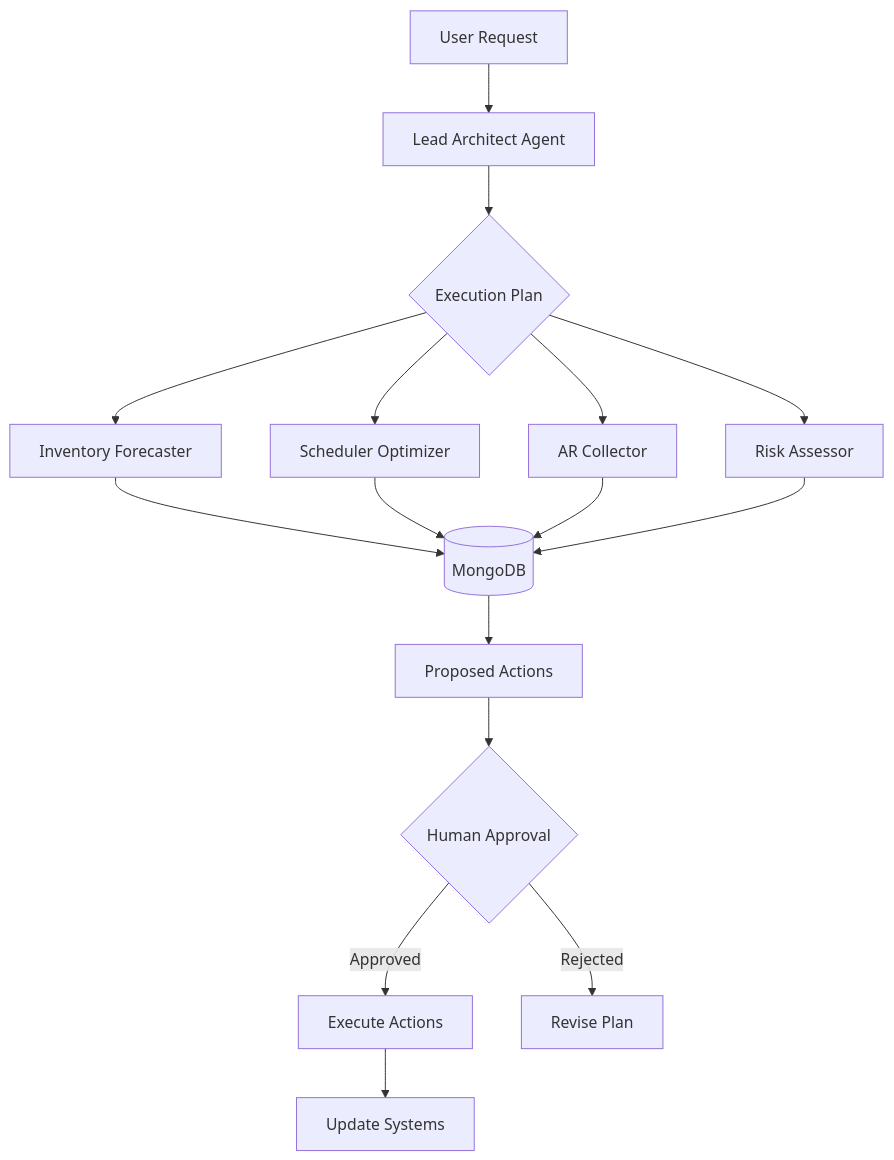
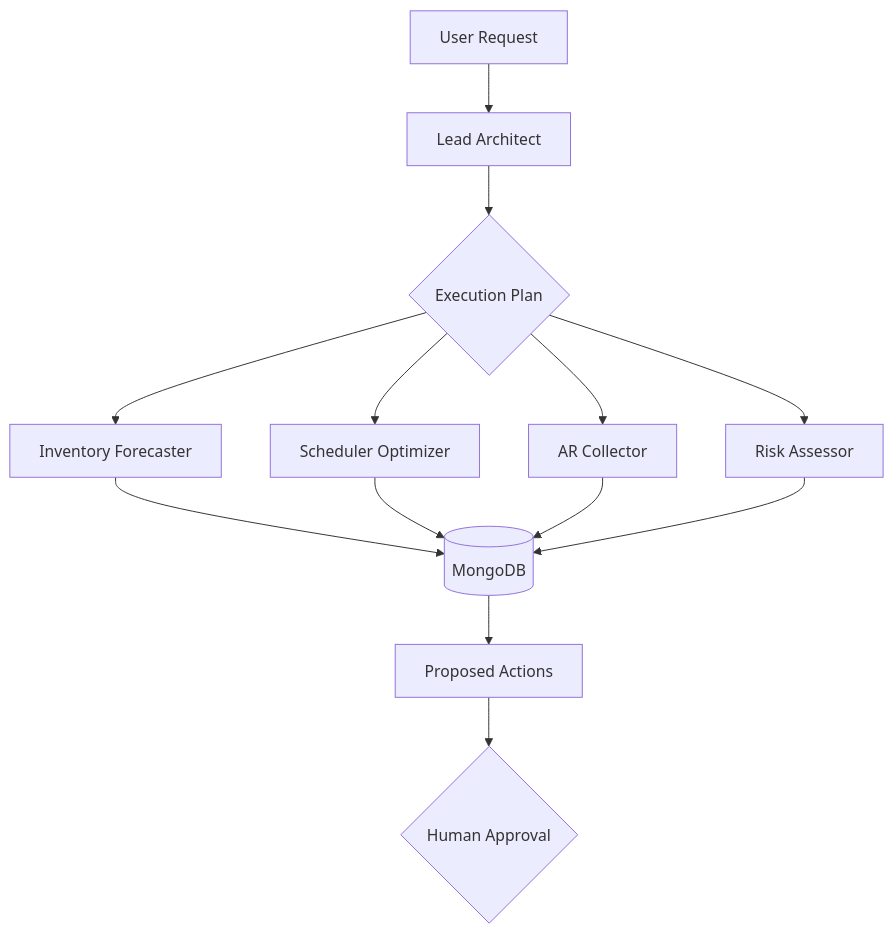
One commit to jayjz/hvac-ops-agent changed the diagram in README.md. Above: the diagram before and after it, drawn with Mermaid. The commit also changed other lines of this file, not shown here.

First line of the commit message:
Revise README for HVAC OpsForge project

````diff
--- a/README.md
+++ b/README.md
@@ -31,21 +62,15 @@
 ```mermaid
 graph TB
-    A[User Request] --> B[Lead Architect Agent]
+    A[User Request] --> B[Lead Architect]
     B --> C{Execution Plan}
     C --> D[Inventory Forecaster]
     C --> E[Scheduler Optimizer]
     C --> F[AR Collector]
     C --> G[Risk Assessor]
-    
     D --> H[(MongoDB)]
     E --> H
     F --> H
     G --> H
-    
     H --> I[Proposed Actions]
     I --> J{Human Approval}
-    J -->|Approved| K[Execute Actions]
-    J -->|Rejected| L[Revise Plan]
-    
-    K --> M[Update Systems]
 ```
````
